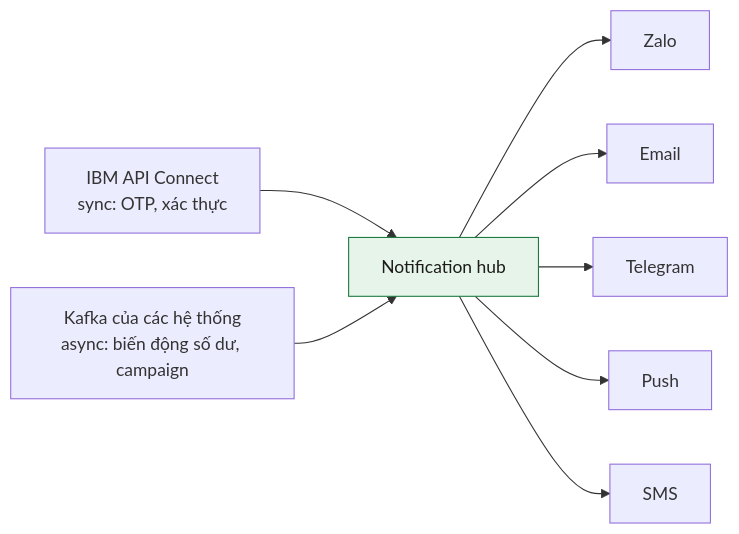
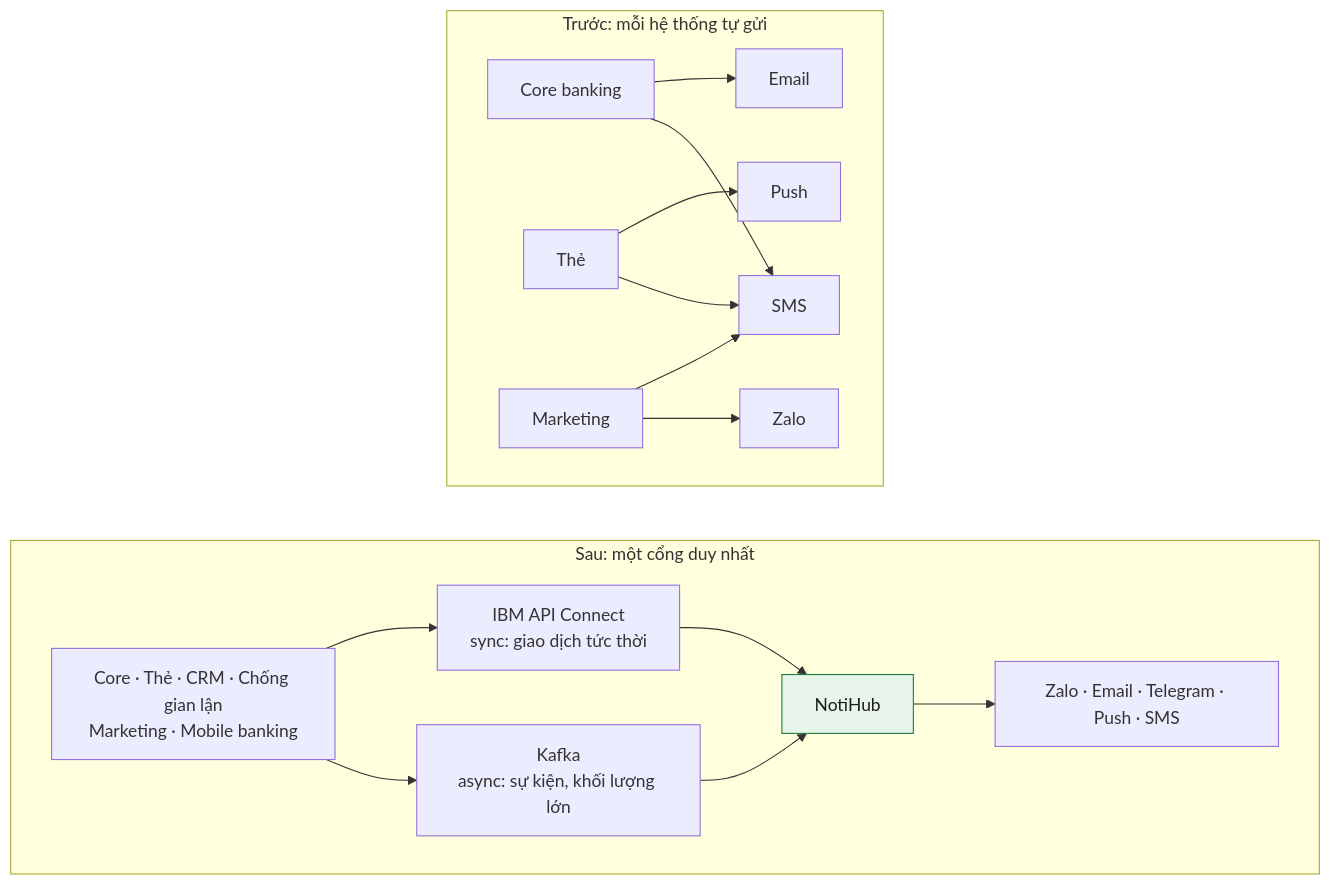
The first of 9 diagrams in lessons/0017-notification-hub.md (hainguyen85/kafka-study), drawn with Mermaid before and after one commit. The commit also changed other lines of this file and 7 other files, not shown here.

First line of the commit message:
Bài 11: bối cảnh NotiHub; năm mục đào sâu ở mức system design

````diff
--- a/lessons/0017-notification-hub.md
+++ b/lessons/0017-notification-hub.md
@@ -17,12 +22,23 @@
 ```mermaid
-flowchart LR
-A["IBM API Connect<br/>sync: OTP, xác thực"] --> H["Notification hub"]
-K["Kafka của các hệ thống<br/>async: biến động số dư, campaign"] --> H
-H --> Z["Zalo"]
-H --> E["Email"]
-H --> T["Telegram"]
-H --> P["Push"]
-H --> S["SMS"]
-class H ok
+flowchart TB
+subgraph T["Trước: mỗi hệ thống tự gửi"]
+direction LR
+c1["Core banking"] --> p1["SMS"]
+c1 --> p2["Email"]
+t1["Thẻ"] --> p1
+t1 --> p3["Push"]
+m1["Marketing"] --> p4["Zalo"]
+m1 --> p1
+end
+subgraph S["Sau: một cổng duy nhất"]
+direction LR
+src["Core · Thẻ · CRM · Chống gian lận<br/>Marketing · Mobile banking"] --> ac["IBM API Connect<br/>sync: giao dịch tức thời"]
+src --> kf["Kafka<br/>async: sự kiện, khối lượng lớn"]
+ac --> h["NotiHub"]
+kf --> h
+h --> ch["Zalo · Email · Telegram · Push · SMS"]
+end
+T ~~~ S
+class h ok
 classDef ok fill:#e6f4ea,stroke:#1b7a3d,color:#1c1b19
 ```
````
